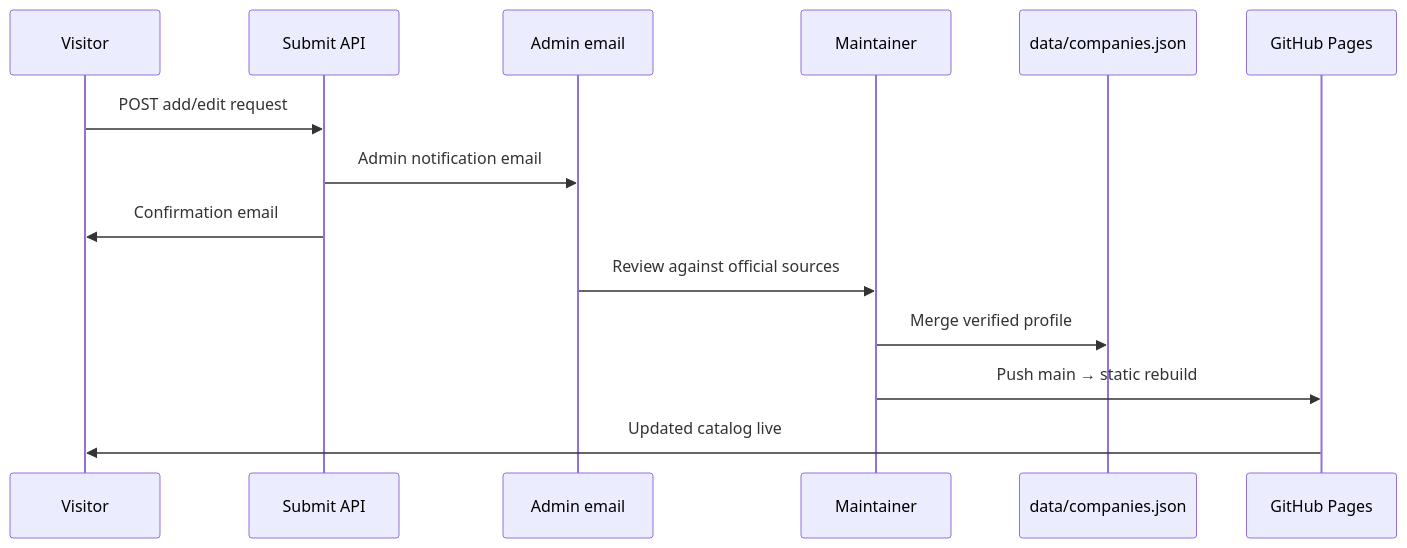
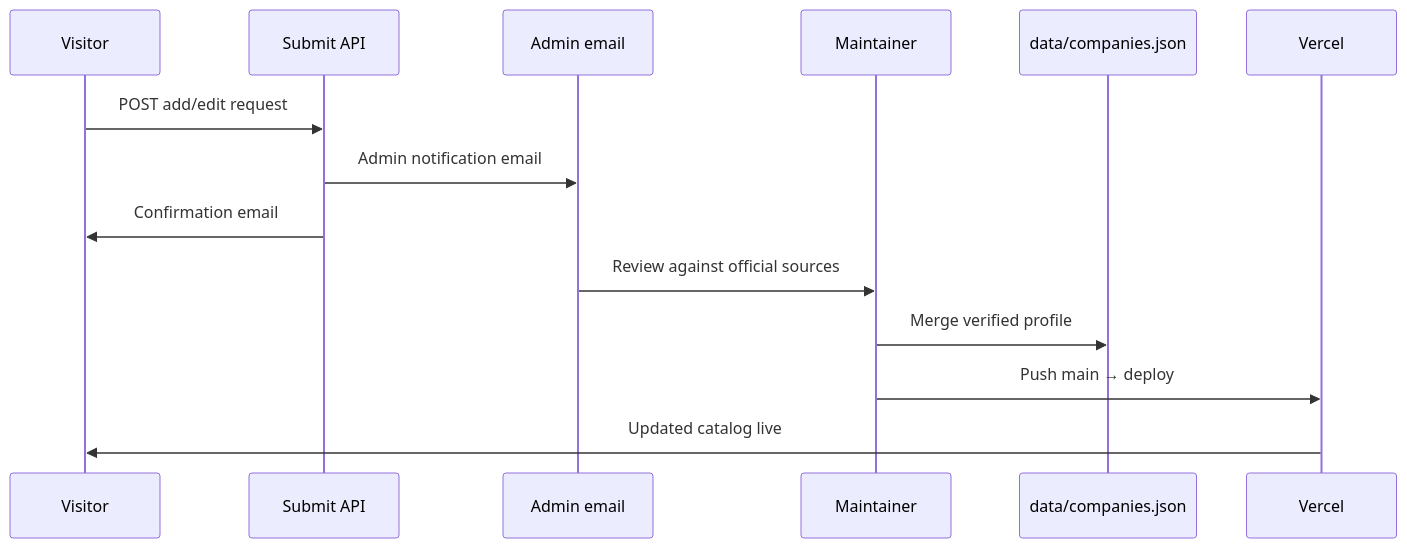
Before and after one commit to nuthanm/KnowYourCompanyType: the second of 3 diagrams in README.md, drawn with Mermaid. The commit also changed other lines of this file and 10 other files, not shown here.

First line of the commit message:
refactor: remove GitHub Pages support and update configuration for Vercel deployment

````diff
--- a/README.md
+++ b/README.md
@@ -58,17 +54,17 @@
 ```mermaid
 sequenceDiagram
   participant V as Visitor
   participant S as Submit API
   participant A as Admin email
   participant M as Maintainer
   participant J as data/companies.json
-  participant P as GitHub Pages
+  participant D as Vercel
 
   V->>S: POST add/edit request
   S->>A: Admin notification email
   S->>V: Confirmation email
   A->>M: Review against official sources
   M->>J: Merge verified profile
-  M->>P: Push main → static rebuild
-  P->>V: Updated catalog live
+  M->>D: Push main → deploy
+  D->>V: Updated catalog live
 ```
````
